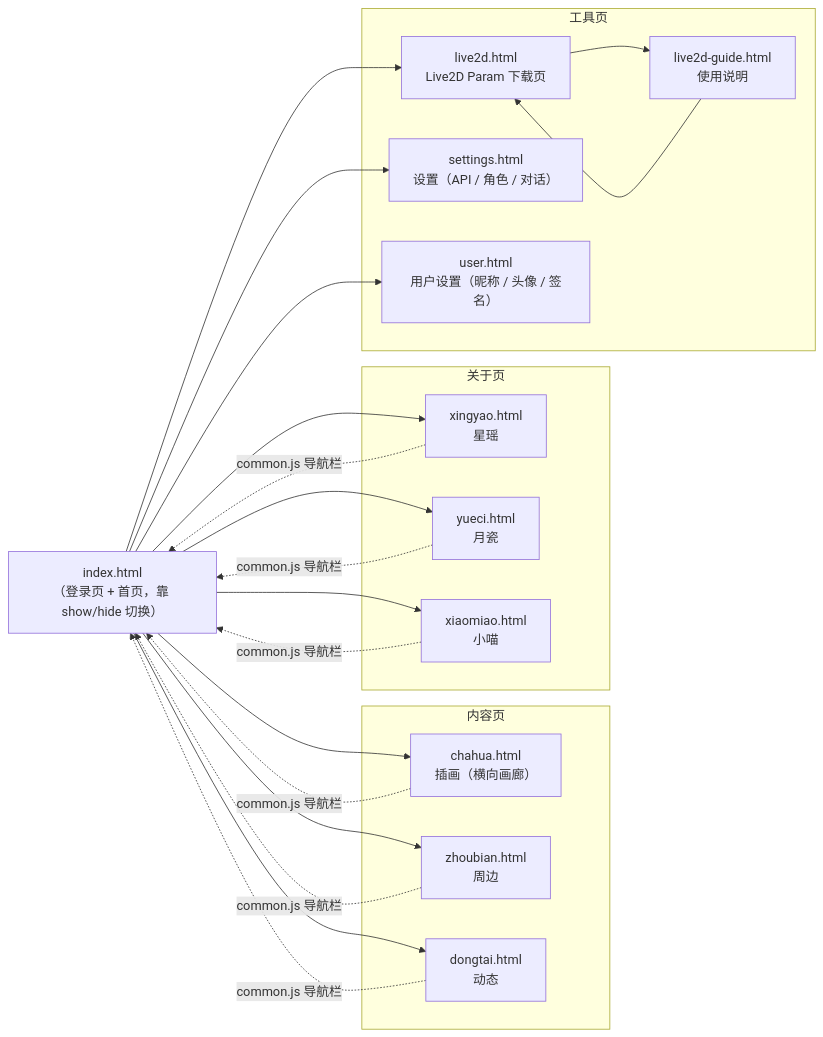
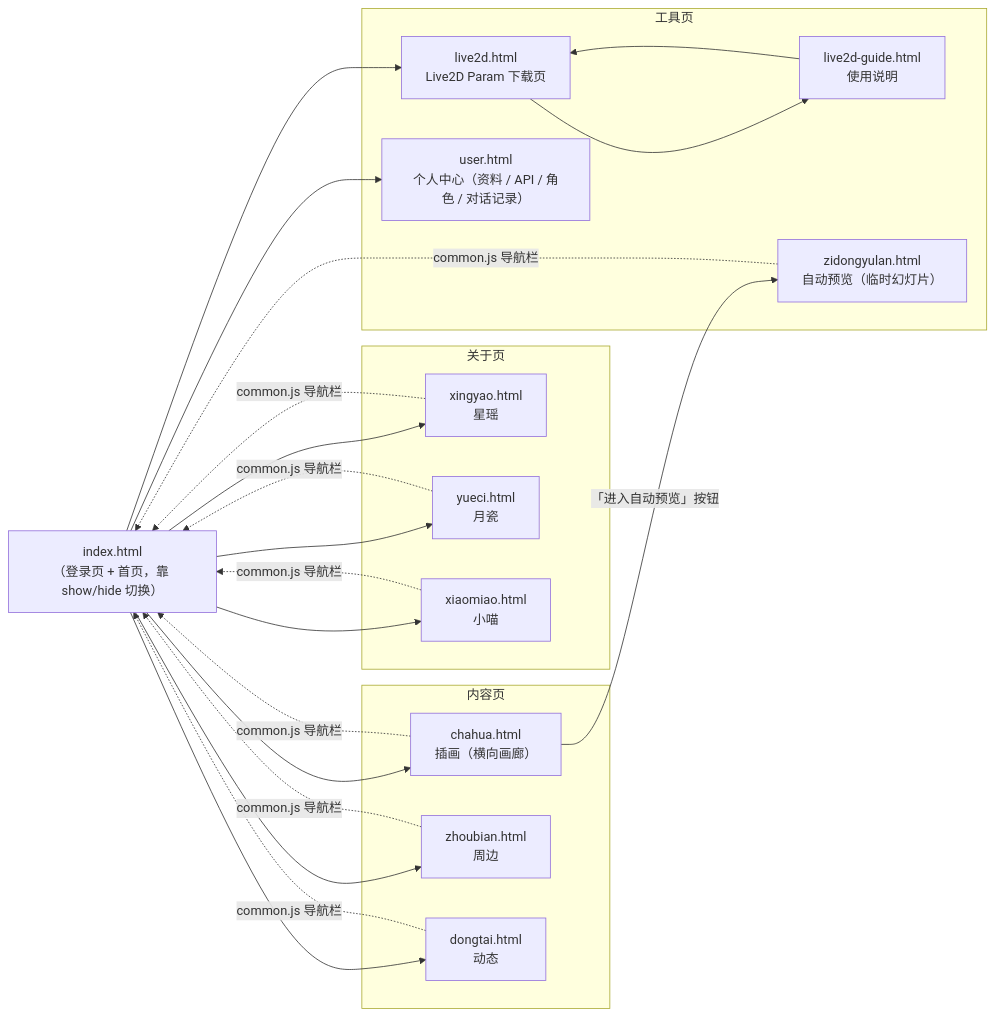
The first of 9 diagrams in docs/05-网站流程图.md (xiaoxingyuemiao/xingyue), drawn with Mermaid before and after one commit. The commit also changed other lines of this file and 6 other files, not shown here.

Commit message:
docs: 按代码校准 02/05/06/07 等文档 —— settings.html 已删、uid 1000~3000 顺序分配、秘钥可勾选加密上云、注销已实测正常；docs/08 登记本批已修项

````diff
--- a/docs/05-网站流程图.md
+++ b/docs/05-网站流程图.md
@@ -11,42 +11,43 @@
 ```mermaid
 flowchart LR
     IDX["index.html<br/>（登录页 + 首页，靠 show/hide 切换）"]
 
     subgraph 内容页
         CH["chahua.html<br/>插画（横向画廊）"]
         ZB["zhoubian.html<br/>周边"]
         DT["dongtai.html<br/>动态"]
     end
 
     subgraph 关于页
         XY["xingyao.html<br/>星瑶"]
         YC["yueci.html<br/>月瓷"]
         XM["xiaomiao.html<br/>小喵"]
     end
 
     subgraph 工具页
         L2D["live2d.html<br/>Live2D Param 下载页"]
         L2DG["live2d-guide.html<br/>使用说明"]
-        SET["settings.html<br/>设置（API / 角色 / 对话）"]
-        USR["user.html<br/>用户设置（昵称 / 头像 / 签名）"]
+        USR["user.html<br/>个人中心（资料 / API / 角色 / 对话记录）"]
+        ZDY["zidongyulan.html<br/>自动预览（临时幻灯片）"]
     end
 
     IDX --> CH
     IDX --> ZB
     IDX --> DT
     IDX --> XY
     IDX --> YC
     IDX --> XM
     IDX --> L2D
-    IDX --> SET
     IDX --> USR
     L2D --> L2DG
     L2DG --> L2D
+    CH -->|「进入自动预览」按钮| ZDY
 
     CH -.->|common.js 导航栏| IDX
     ZB -.->|common.js 导航栏| IDX
     DT -.->|common.js 导航栏| IDX
     XY -.->|common.js 导航栏| IDX
     YC -.->|common.js 导航栏| IDX
     XM -.->|common.js 导航栏| IDX
+    ZDY -.->|common.js 导航栏| IDX
 ```
````
